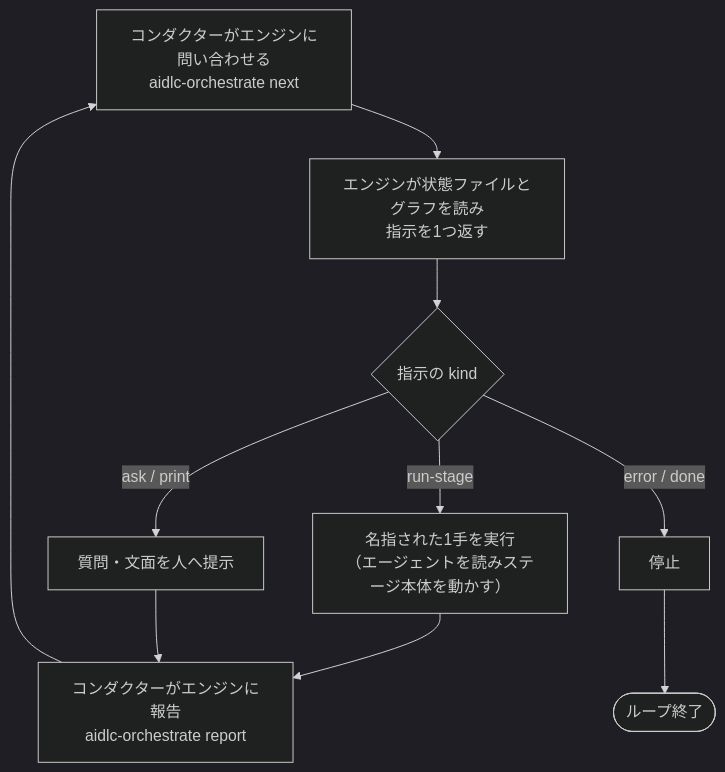
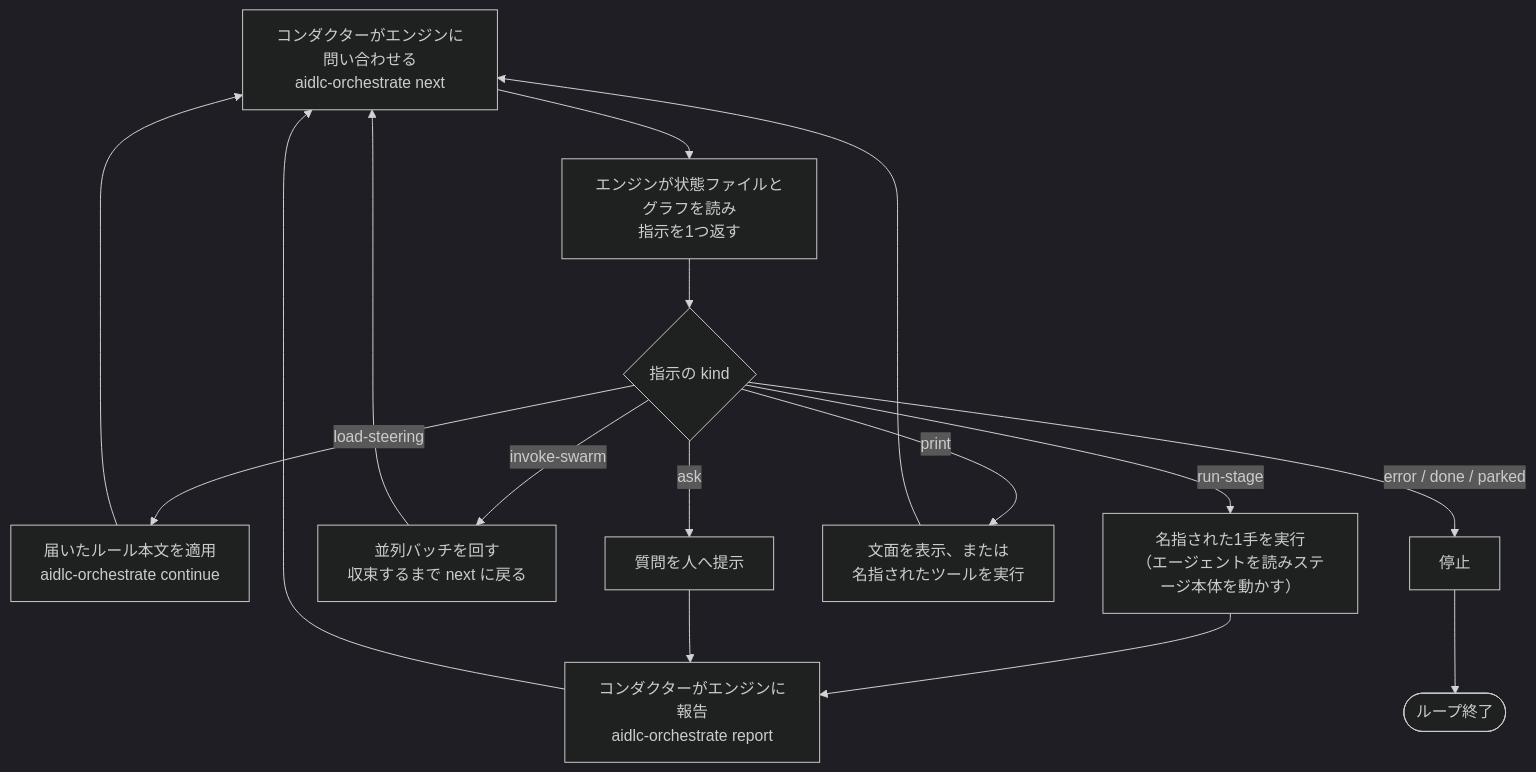
The first of 2 diagrams in public/aidlc-v2-04-conductor-engine.md (takeshishimada/qiita-docs), drawn with Mermaid (dark theme) before and after one commit. The commit also changed other lines of this file and 23 other files, not shown here.

````diff
--- a/public/aidlc-v2-04-conductor-engine.md
+++ b/public/aidlc-v2-04-conductor-engine.md
@@ -115,16 +117,22 @@
 ```mermaid
 flowchart TD
     Q["コンダクターがエンジンに問い合わせる<br/>aidlc-orchestrate next"]
     Q --> D["エンジンが状態ファイルとグラフを読み<br/>指示を1つ返す"]
     D --> K{"指示の kind"}
 
+    K -->|"load-steering"| RULE["届いたルール本文を適用<br/>aidlc-orchestrate continue"]
     K -->|"run-stage"| RUN["名指された1手を実行<br/>（エージェントを読みステージ本体を動かす）"]
-    K -->|"ask / print"| HUMAN["質問・文面を人へ提示"]
-    K -->|"error / done"| STOP["停止"]
+    K -->|"invoke-swarm"| SWARM["並列バッチを回す<br/>収束するまで next に戻る"]
+    K -->|"ask"| ASK["質問を人へ提示"]
+    K -->|"print"| PRINT["文面を表示、または<br/>名指されたツールを実行"]
+    K -->|"error / done / parked"| STOP["停止"]
 
+    RULE --> Q
+    SWARM --> Q
+    PRINT --> Q
     RUN --> REP["コンダクターがエンジンに報告<br/>aidlc-orchestrate report"]
-    HUMAN --> REP
+    ASK --> REP
     REP --> Q
 
     STOP --> END(["ループ終了"])
 ```
````
